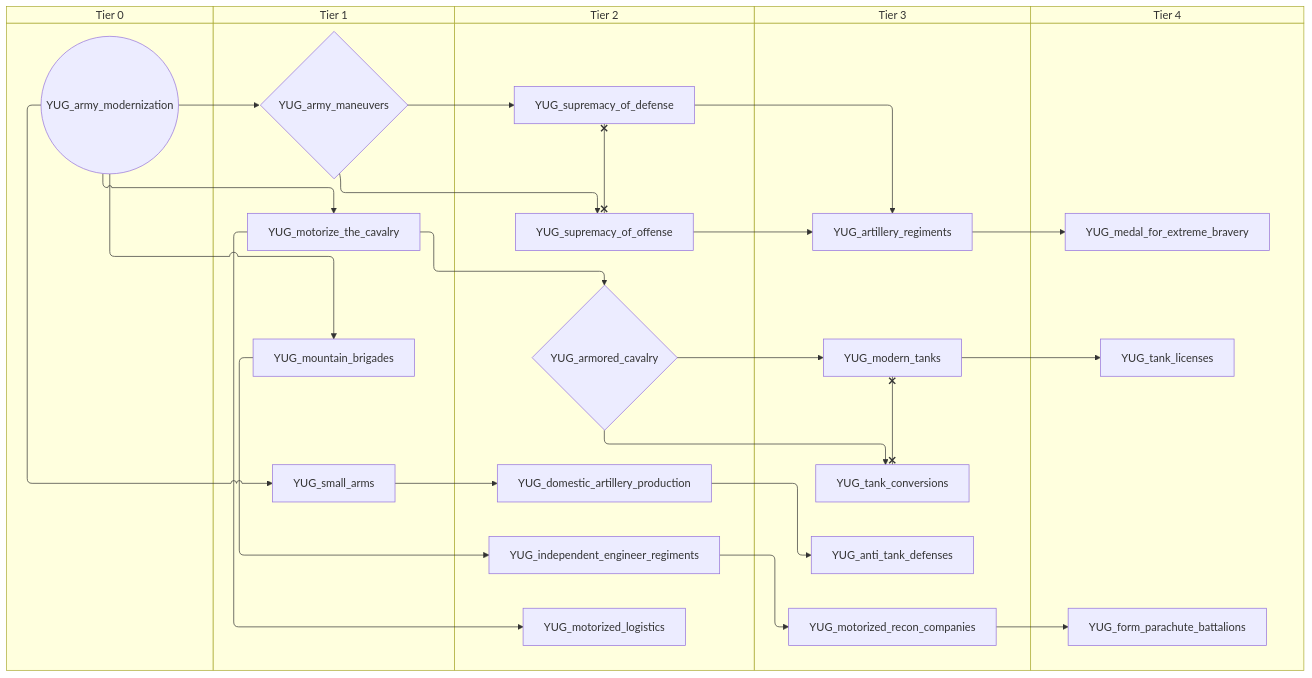
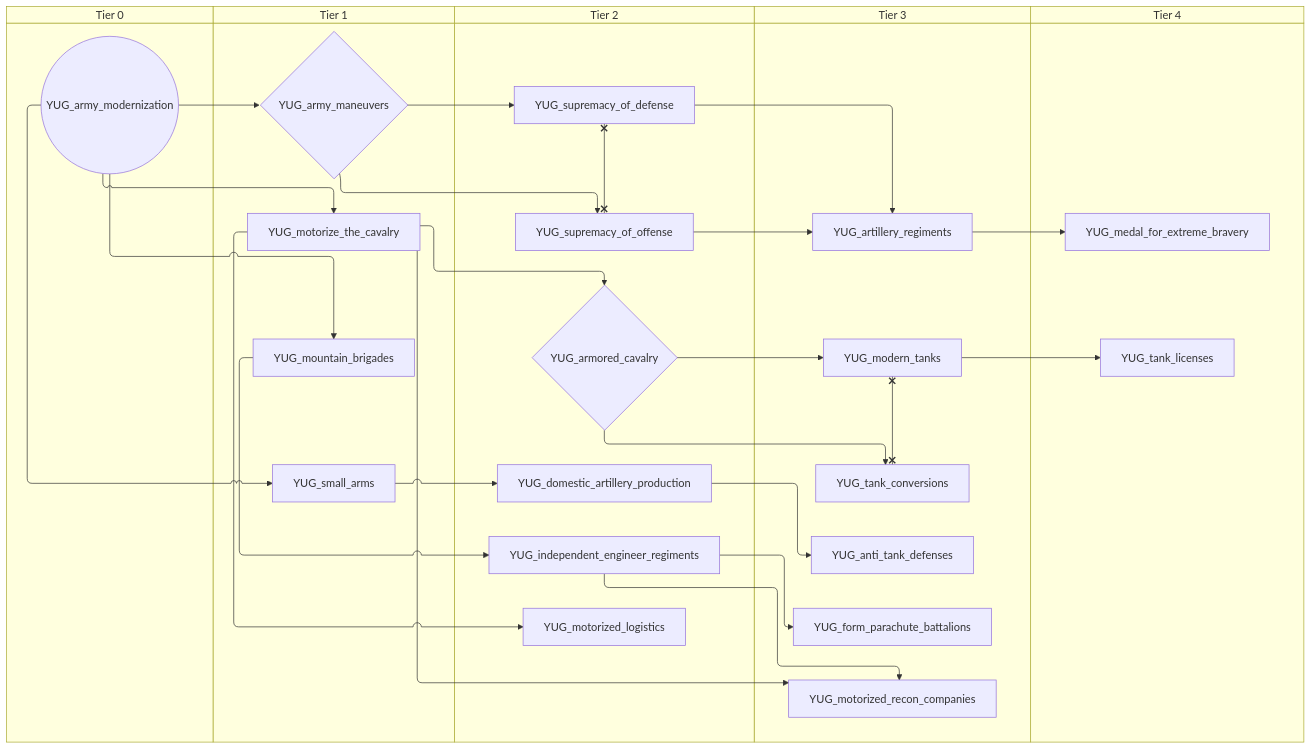
Before and after one commit to evgeny-sobol/hoi4-sandbox-mode-r56: the first of 7 diagrams in docs/gdd/National Focuses/yugoslavia.md, drawn with Mermaid. The commit also changed other lines of this file and 9 other files, not shown here.

First line of the commit message:
docs(focus): re-export focus graphs and add the Guangxi tree

````diff
--- a/docs/gdd/National Focuses/yugoslavia.md
+++ b/docs/gdd/National Focuses/yugoslavia.md
@@ -3,53 +3,54 @@
 ```mermaid
 swimlane-beta TD
     subgraph tier_0["Tier 0"]
         n1(("YUG_army_modernization"))
     end
     subgraph tier_1["Tier 1"]
         n2{"YUG_army_maneuvers"}
         n3["YUG_motorize_the_cavalry"]
         n4["YUG_mountain_brigades"]
         n5["YUG_small_arms"]
     end
     subgraph tier_2["Tier 2"]
         n6{"YUG_armored_cavalry"}
         n7["YUG_domestic_artillery_production"]
         n8["YUG_independent_engineer_regiments"]
         n9["YUG_motorized_logistics"]
         n10["YUG_supremacy_of_defense"]
         n11["YUG_supremacy_of_offense"]
     end
     subgraph tier_3["Tier 3"]
         n12["YUG_anti_tank_defenses"]
         n13["YUG_artillery_regiments"]
-        n14["YUG_modern_tanks"]
-        n15["YUG_motorized_recon_companies"]
-        n16["YUG_tank_conversions"]
+        n14["YUG_form_parachute_battalions"]
+        n15["YUG_modern_tanks"]
+        n16["YUG_motorized_recon_companies"]
+        n17["YUG_tank_conversions"]
     end
     subgraph tier_4["Tier 4"]
-        n17["YUG_form_parachute_battalions"]
         n18["YUG_medal_for_extreme_bravery"]
         n19["YUG_tank_licenses"]
     end
     n7 --> n12
     n3 --> n6
     n1 --> n2
     n11 --> n13
     n10 --> n13
     n5 --> n7
-    n15 --> n17
+    n8 --> n14
     n4 --> n8
     n13 --> n18
-    n6 --> n14
+    n6 --> n15
     n1 --> n3
     n3 --> n9
-    n8 --> n15
+    n3 --> n16
+    n8 --> n16
     n1 --> n4
     n1 --> n5
     n2 --> n10
     n2 --> n11
-    n6 --> n16
-    n14 --> n19
-    n14 x--x n16
+    n6 --> n17
+    n15 --> n19
+    n15 x--x n17
     n10 x--x n11
 ```
````
